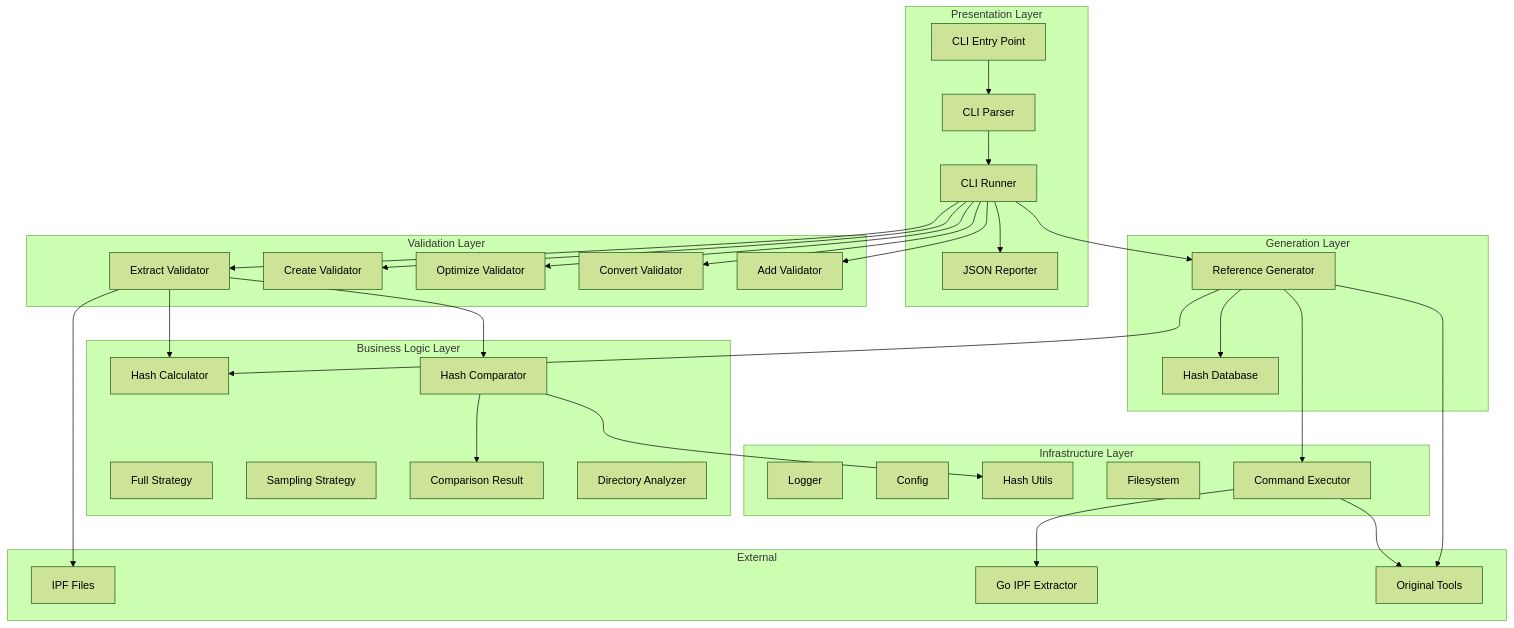
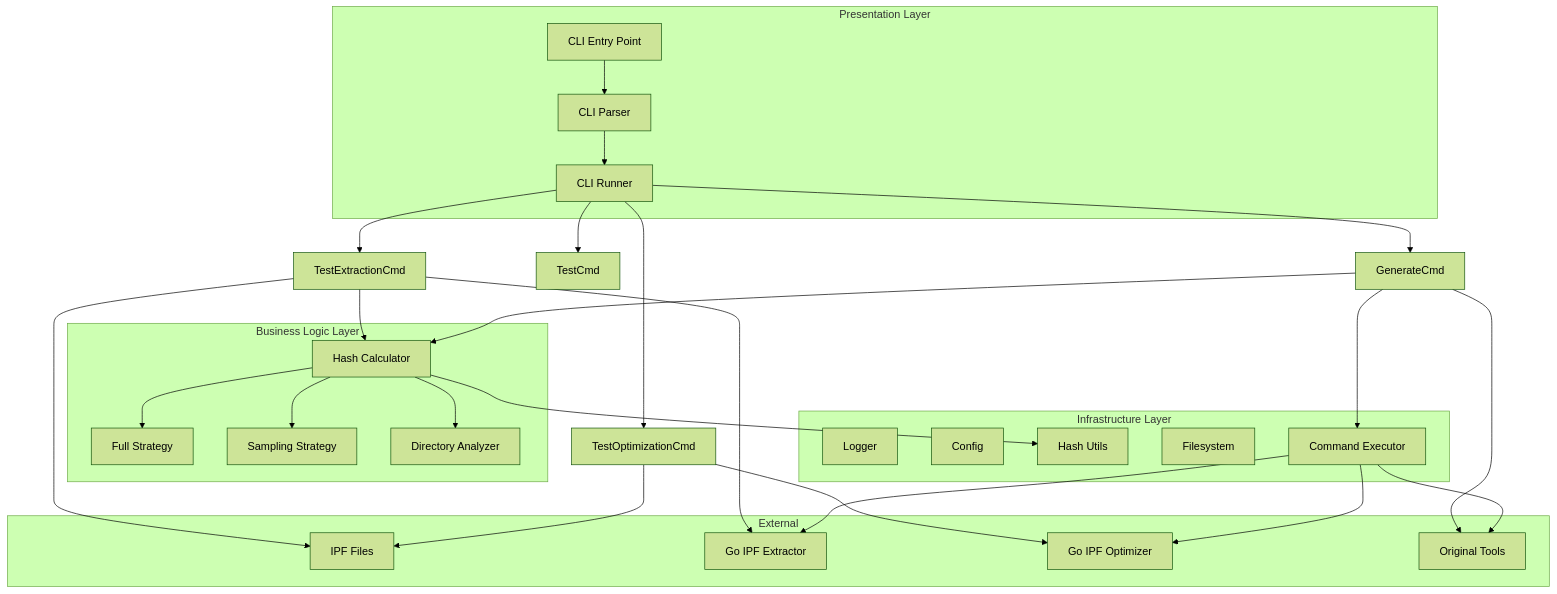
One commit to joao-paulo-santos/GE-Library changed the first of 3 diagrams in testing/architecture.md. Above: the diagram before and after it, drawn with Mermaid (forest theme). The commit also changed other lines of this file and 19 other files, not shown here.

````diff
--- a/testing/architecture.md
+++ b/testing/architecture.md
@@ -11,70 +11,58 @@
 ```mermaid
 graph TB
     subgraph "Presentation Layer"
         CLI[CLI Entry Point]
         Parser[CLI Parser]
         Runner[CLI Runner]
-        JSONReporter[JSON Reporter]
-    end
-    
-    subgraph "Generation Layer"
-        RefGen[Reference Generator]
-        HashDB[Hash Database]
-    end
-    
-    subgraph "Validation Layer"
-        ExtractVal[Extract Validator]
-        CreateVal[Create Validator]
-        OptVal[Optimize Validator]
-        ConvVal[Convert Validator]
-        AddVal[Add Validator]
     end
     
     subgraph "Business Logic Layer"
         HashCalc[Hash Calculator]
         FullStrat[Full Strategy]
         SampleStrat[Sampling Strategy]
-        HashComp[Hash Comparator]
-        CompResult[Comparison Result]
         DirAnalyzer[Directory Analyzer]
     end
     
     subgraph "Infrastructure Layer"
         Logger[Logger]
         Config[Config]
         Hash[Hash Utils]
         FS[Filesystem]
         Executor[Command Executor]
     end
     
     subgraph "External"
         IPF[IPF Files]
         GoBinary[Go IPF Extractor]
+        GoOptimizer[Go IPF Optimizer]
         OriginalTools[Original Tools]
     end
     
     CLI --> Parser
     Parser --> Runner
-    Runner --> ExtractVal
-    Runner --> RefGen
-    Runner --> CreateVal
-    Runner --> OptVal
-    Runner --> ConvVal
-    Runner --> AddVal
+    Runner --> GenerateCmd
+    Runner --> TestCmd
+    Runner --> TestExtractionCmd
+    Runner --> TestOptimizationCmd
     
-    ExtractVal --> HashCalc
-    ExtractVal --> HashComp
-    HashComp --> CompResult
-    HashComp --> Hash
+    TestExtractionCmd --> HashCalc
+    TestExtractionCmd --> GoBinary
     
-    RefGen --> HashCalc
-    RefGen --> Executor
-    RefGen --> OriginalTools
-    RefGen --> HashDB
+    TestOptimizationCmd --> GoOptimizer
     
-    Runner --> JSONReporter
+    GenerateCmd --> HashCalc
+    GenerateCmd --> Executor
+    GenerateCmd --> OriginalTools
+    
+    HashCalc --> FullStrat
+    HashCalc --> SampleStrat
+    HashCalc --> Hash
+    HashCalc --> DirAnalyzer
+    
+    TestExtractionCmd --> IPF
+    TestOptimizationCmd --> IPF
     
     Executor --> GoBinary
+    Executor --> GoOptimizer
     Executor --> OriginalTools
-    ExtractVal --> IPF
 ```
````
